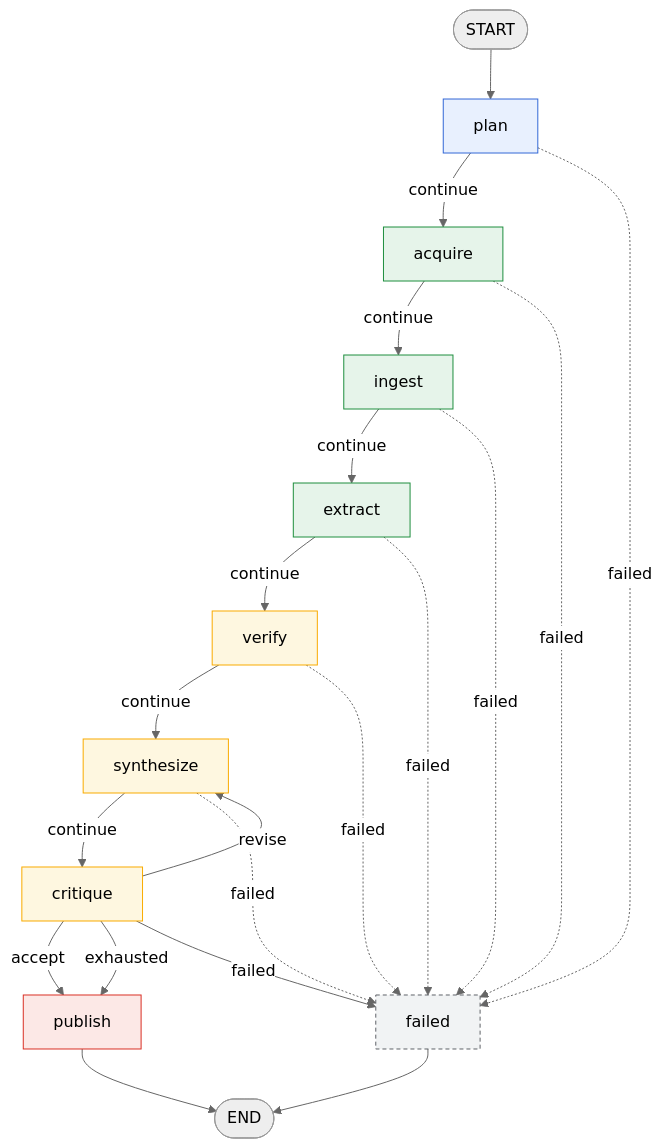
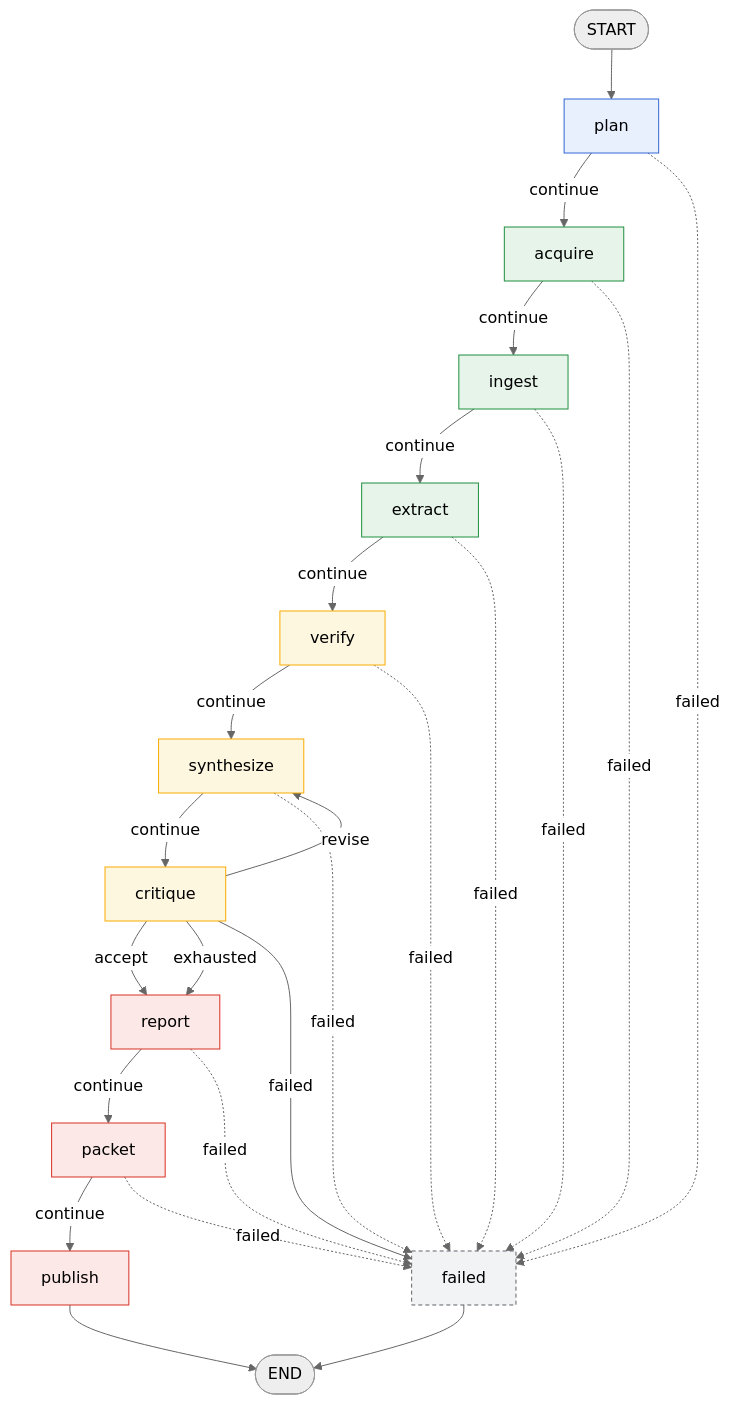
The diagram in docs/showcase/deep-research-architecture.md (MaanavA26/Reel_Automation), drawn with Mermaid (neutral theme) before and after one commit. The commit also changed other lines of this file and 3 other files, not shown here.

````diff
--- a/docs/showcase/deep-research-architecture.md
+++ b/docs/showcase/deep-research-architecture.md
@@ -128,41 +139,47 @@
 ```mermaid
 flowchart TD
     START([START]) --> plan
 
     plan -->|continue| acquire
     acquire -->|continue| ingest
     ingest -->|continue| extract
     extract -->|continue| verify
     verify -->|continue| synthesize
     synthesize -->|continue| critique
 
     %% Editorial Critic router (4-way) — the only non-status routing
     critique -->|revise| synthesize
-    critique -->|accept| publish
-    critique -->|exhausted| publish
+    critique -->|accept| report
+    critique -->|exhausted| report
     critique -->|failed| failed
+
+    %% Publishing band: report → packet → publish (status-routed)
+    report -->|continue| packet
+    packet -->|continue| publish
 
     publish --> END([END])
 
     %% Failure routing: every linear band short-circuits to the sink on FAILED
     plan -.->|failed| failed
     acquire -.->|failed| failed
     ingest -.->|failed| failed
     extract -.->|failed| failed
     verify -.->|failed| failed
     synthesize -.->|failed| failed
+    report -.->|failed| failed
+    packet -.->|failed| failed
 
     failed --> END
 
     classDef control fill:#e8f0fe,stroke:#3367d6;
     classDef acquisition fill:#e6f4ea,stroke:#1e8e3e;
     classDef reasoning fill:#fef7e0,stroke:#f9ab00;
     classDef publishing fill:#fce8e6,stroke:#d93025;
     classDef sink fill:#f1f3f4,stroke:#5f6368,stroke-dasharray:4 3;
 
     class plan control;
     class acquire,ingest,extract acquisition;
     class verify,synthesize,critique reasoning;
-    class publish publishing;
+    class report,packet,publish publishing;
     class failed sink;
 ```
````
